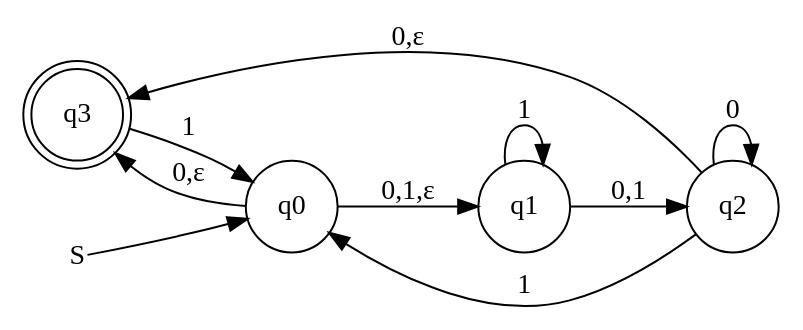
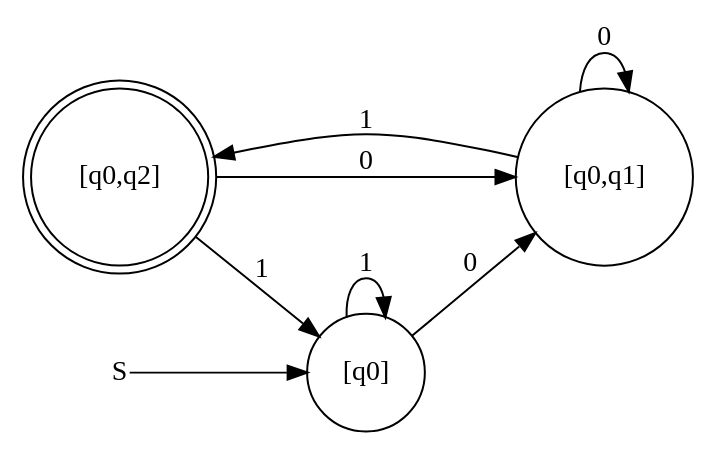
Before and after one commit to Goodhao/automaton: the diagram in out.dot, drawn with Graphviz. The commit also changed 17 other files, not shown here.

```diff
--- a/out.dot
+++ b/out.dot
@@ -1,17 +1,15 @@
 digraph cinite_state_machine {
 rankdir=LR;
 size="50,50"
-node [shape = doublecircle]; q3 ;
-node [shape = circle]; q0;
+node [shape = doublecircle]; "[q0,q2]" ;
+node [shape = circle]; "[q0]";
 node [shape = plain]; "S";
-"S" -> q0;
+"S" -> "[q0]";
 node [shape = circle];
-q0 -> q1 [label = "0,1,&epsilon;"];
-q0 -> q3 [label = "0,&epsilon;"];
-q1 -> q1 [label = "1"];
-q1 -> q2 [label = "0,1"];
-q2 -> q0 [label = "1"];
-q2 -> q2 [label = "0"];
-q2 -> q3 [label = "0,&epsilon;"];
-q3 -> q0 [label = "1"];
+"[q0]" -> "[q0]" [label = "1"];
+"[q0]" -> "[q0,q1]" [label = "0"];
+"[q0,q1]" -> "[q0,q1]" [label = "0"];
+"[q0,q1]" -> "[q0,q2]" [label = "1"];
+"[q0,q2]" -> "[q0]" [label = "1"];
+"[q0,q2]" -> "[q0,q1]" [label = "0"];
 }
```
